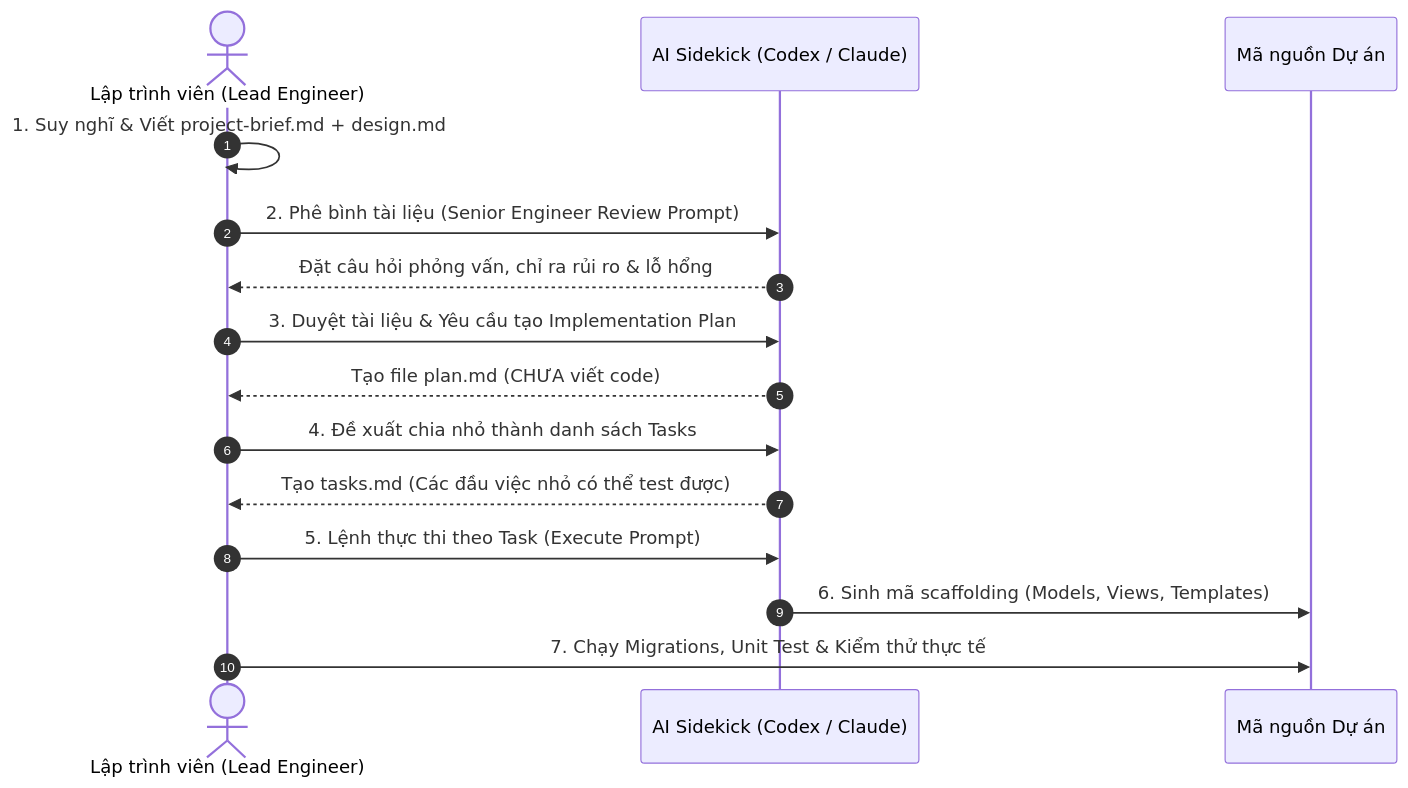
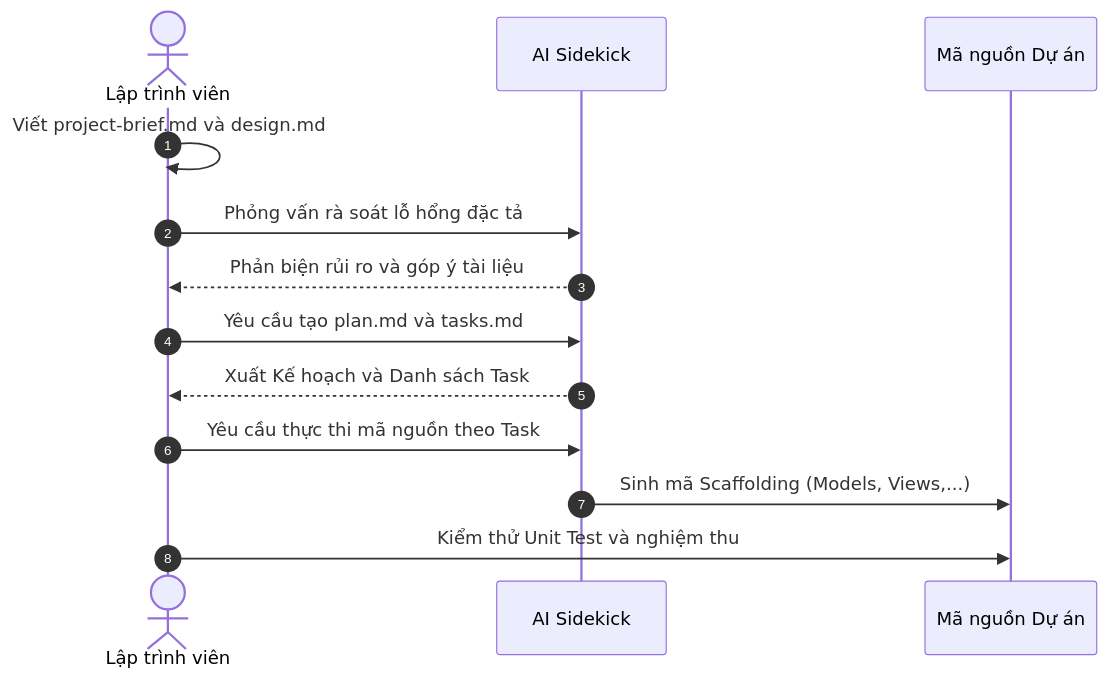
Before and after one commit to nguyengoctin/my_website: the second of 2 diagrams in content/posts/prompts-and-mindset-web-dev-with-ai-sidekick.md, drawn with Mermaid. The commit also changed other lines of this file and 49 other files, not shown here.

````diff
--- a/content/posts/prompts-and-mindset-web-dev-with-ai-sidekick.md
+++ b/content/posts/prompts-and-mindset-web-dev-with-ai-sidekick.md
@@ -134,18 +134,16 @@
 ```mermaid
 sequenceDiagram
     autonumber
-    actor Dev as Lập trình viên (Lead Engineer)
-    participant AI as AI Sidekick (Codex / Claude)
+    actor Dev as Lập trình viên
+    participant AI as AI Sidekick
     participant Code as Mã nguồn Dự án
 
-    Dev->>Dev: 1. Suy nghĩ & Viết project-brief.md + design.md
-    Dev->>AI: 2. Phê bình tài liệu (Senior Engineer Review Prompt)
-    AI-->>Dev: Đặt câu hỏi phỏng vấn, chỉ ra rủi ro & lỗ hổng
-    Dev->>AI: 3. Duyệt tài liệu & Yêu cầu tạo Implementation Plan
-    AI-->>Dev: Tạo file plan.md (CHƯA viết code)
-    Dev->>AI: 4. Đề xuất chia nhỏ thành danh sách Tasks
-    AI-->>Dev: Tạo tasks.md (Các đầu việc nhỏ có thể test được)
-    Dev->>AI: 5. Lệnh thực thi theo Task (Execute Prompt)
-    AI->>Code: 6. Sinh mã scaffolding (Models, Views, Templates)
-    Dev->>Code: 7. Chạy Migrations, Unit Test & Kiểm thử thực tế
+    Dev->>Dev: Viết project-brief.md và design.md
+    Dev->>AI: Phỏng vấn rà soát lỗ hổng đặc tả
+    AI-->>Dev: Phản biện rủi ro và góp ý tài liệu
+    Dev->>AI: Yêu cầu tạo plan.md và tasks.md
+    AI-->>Dev: Xuất Kế hoạch và Danh sách Task
+    Dev->>AI: Yêu cầu thực thi mã nguồn theo Task
+    AI->>Code: Sinh mã Scaffolding (Models, Views,...)
+    Dev->>Code: Kiểm thử Unit Test và nghiệm thu
 ```
````
